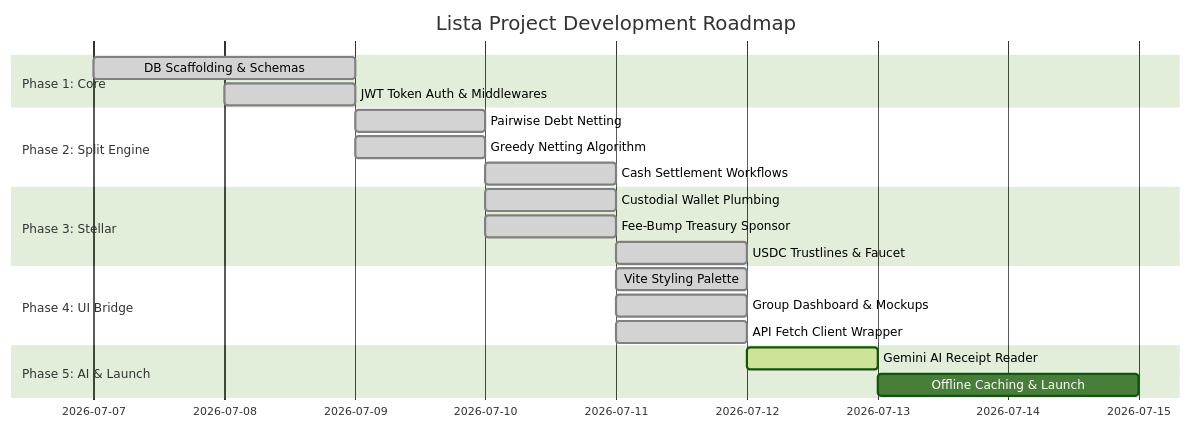
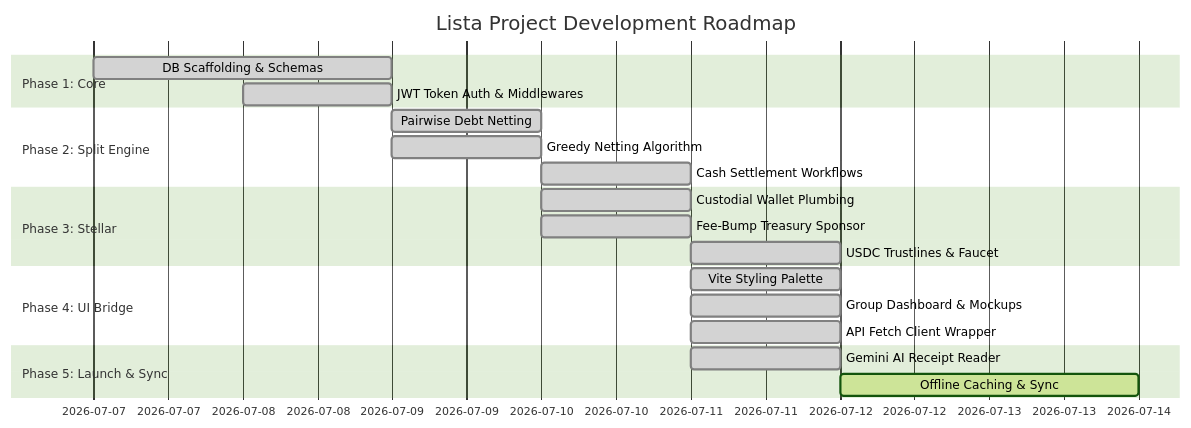
One commit to tantanrevidad/Hati changed the diagram in docs/features_roadmap.md. Above: the diagram before and after it, drawn with Mermaid (forest theme). The commit also changed other lines of this file, not shown here.

Commit message:
docs: update features roadmap to mark Gemini AI Receipt Scanner as completed

````diff
--- a/docs/features_roadmap.md
+++ b/docs/features_roadmap.md
@@ -9,23 +9,23 @@
 ```mermaid
 gantt
     title Lista Project Development Roadmap
     dateFormat  YYYY-MM-DD
     section Phase 1: Core
     DB Scaffolding & Schemas   :done, 2026-07-07, 2d
     JWT Token Auth & Middlewares:done, 2026-07-08, 1d
     section Phase 2: Split Engine
     Pairwise Debt Netting      :done, 2026-07-09, 1d
     Greedy Netting Algorithm   :done, 2026-07-09, 1d
     Cash Settlement Workflows  :done, 2026-07-10, 1d
     section Phase 3: Stellar
     Custodial Wallet Plumbing  :done, 2026-07-10, 1d
     Fee-Bump Treasury Sponsor  :done, 2026-07-10, 1d
     USDC Trustlines & Faucet   :done, 2026-07-11, 1d
     section Phase 4: UI Bridge
     Vite Styling Palette       :done, 2026-07-11, 1d
     Group Dashboard & Mockups  :done, 2026-07-11, 1d
     API Fetch Client Wrapper   :done, 2026-07-11, 1d
-    section Phase 5: AI & Launch
-    Gemini AI Receipt Reader   :active, 2026-07-12, 1d
-    Offline Caching & Launch   : 2026-07-13, 2d
+    section Phase 5: Launch & Sync
+    Gemini AI Receipt Reader   :done, 2026-07-11, 1d
+    Offline Caching & Sync     :active, 2026-07-12, 2d
 ```
````
